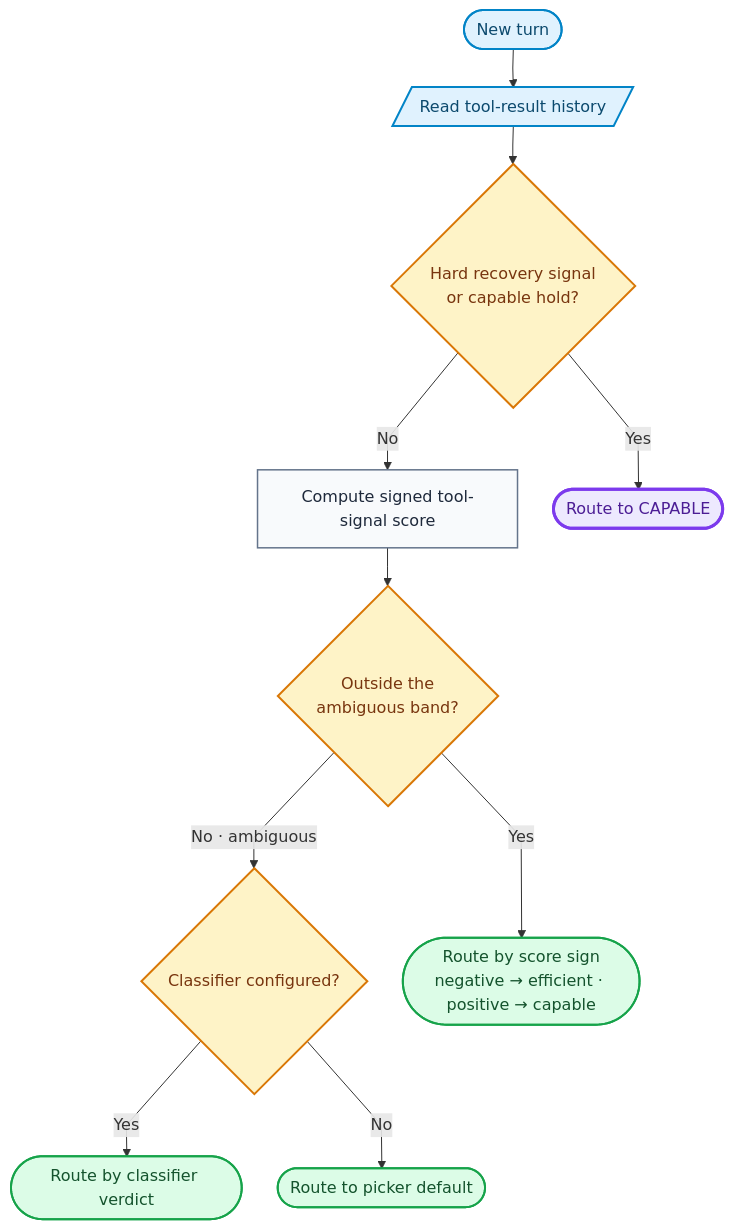
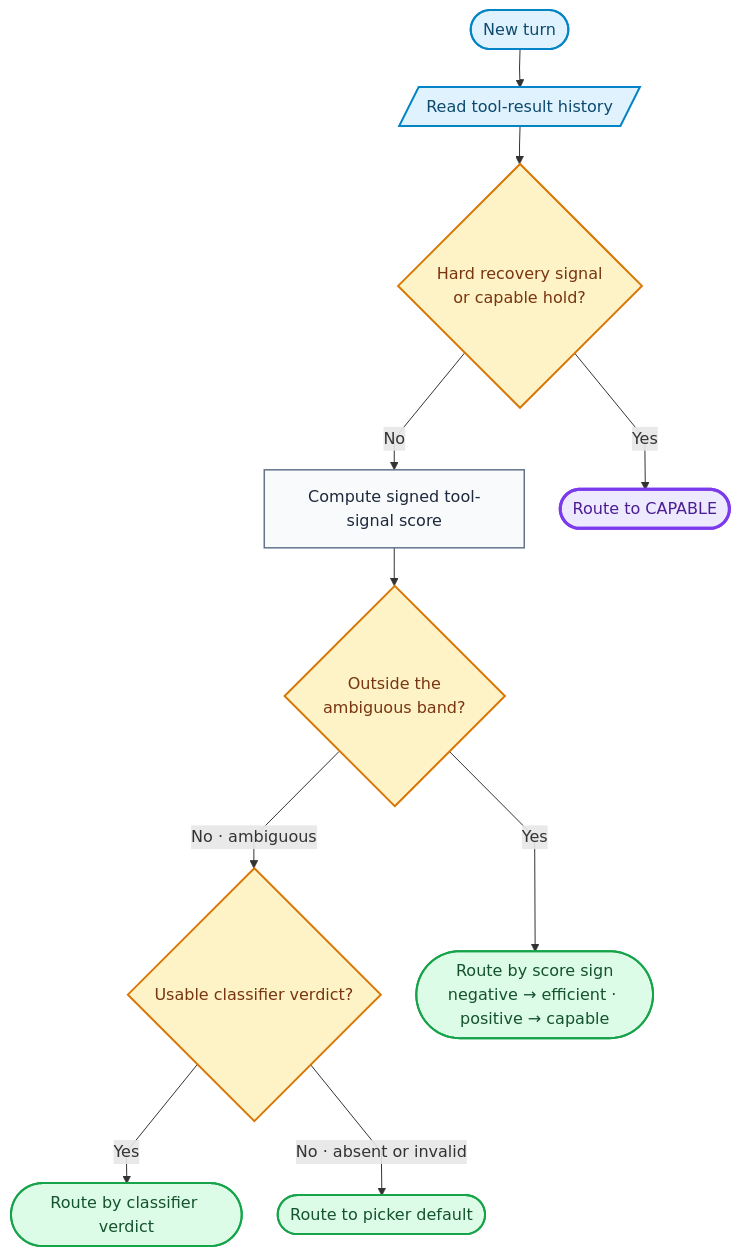
The diagram in docs/routing_algorithms/stage_router_routing.md (NVIDIA-NeMo/Switchyard), drawn with Mermaid before and after one commit. The commit also changed other lines of this file, not shown here.

````diff
--- a/docs/routing_algorithms/stage_router_routing.md
+++ b/docs/routing_algorithms/stage_router_routing.md
@@ -50,36 +46,36 @@
 ```mermaid
 %%{init: {"flowchart": {"curve": "linear", "nodeSpacing": 36, "rankSpacing": 38}}}%%
 flowchart TB
     start(["New turn"])
     history[/"Read tool-result history"/]
     recovery{"Hard recovery signal<br/>or capable hold?"}
     scorer["Compute signed tool-signal score"]
     band{"Outside the<br/>ambiguous band?"}
-    classifier{"Classifier configured?"}
+    classifier{"Usable classifier verdict?"}
     capable(["Route to CAPABLE"])
     signalRoute(["Route by score sign<br/>negative → efficient · positive → capable"])
     classifierRoute(["Route by classifier verdict"])
     defaultRoute(["Route to picker default"])
 
     start --> history
     history --> recovery
     recovery -->|Yes| capable
     recovery -->|No| scorer
     scorer --> band
     band -->|Yes| signalRoute
     band -->|No · ambiguous| classifier
     classifier -->|Yes| classifierRoute
-    classifier -->|No| defaultRoute
+    classifier -->|No · absent or invalid| defaultRoute
 
     classDef input fill:#e0f2fe,stroke:#0284c7,color:#0c4a6e,stroke-width:2px;
     classDef process fill:#f8fafc,stroke:#64748b,color:#1e293b,stroke-width:1.5px;
     classDef decision fill:#fef3c7,stroke:#d97706,color:#78350f,stroke-width:2px;
     classDef capable fill:#ede9fe,stroke:#7c3aed,color:#4c1d95,stroke-width:3px;
     classDef outcome fill:#dcfce7,stroke:#16a34a,color:#14532d,stroke-width:2px;
 
     class start,history input;
     class scorer process;
     class recovery,band,classifier decision;
     class capable capable;
     class signalRoute,classifierRoute,defaultRoute outcome;
 ```
````
